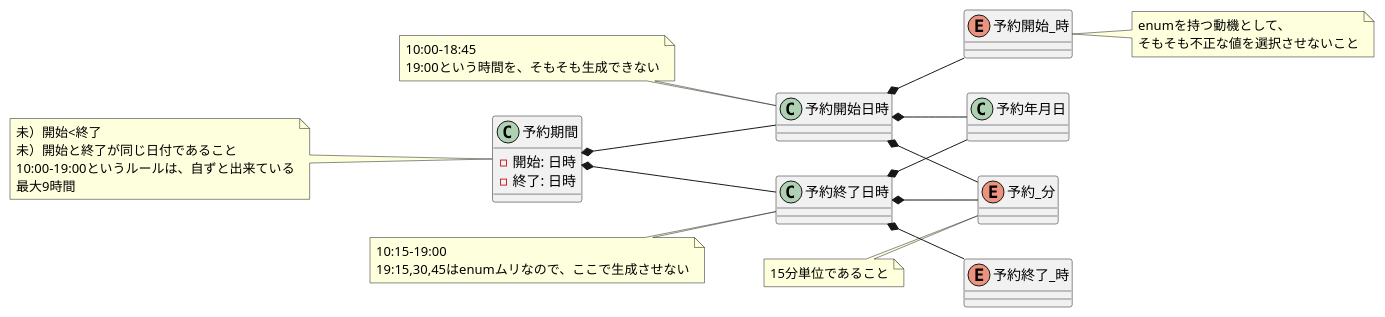
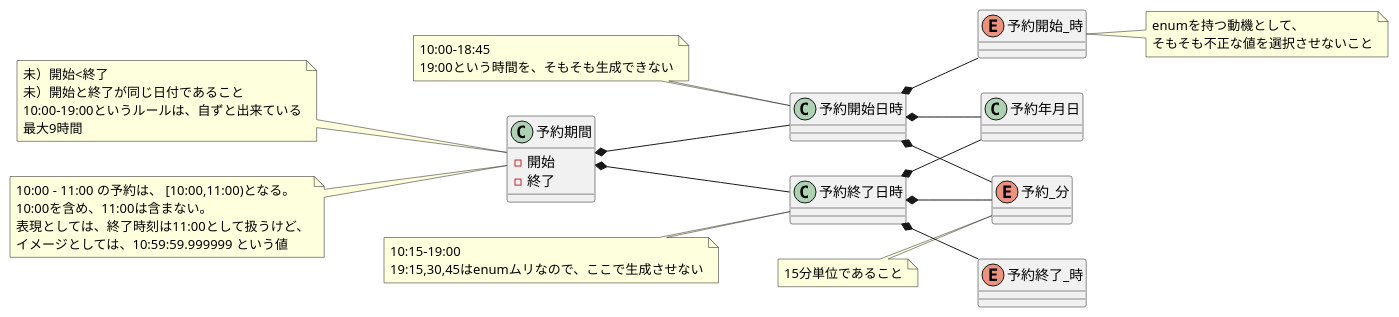
The diagram in diagram/domain_model.pu (t2-kob/ModelingKai-Reservation), drawn with PlantUML before and after one commit.

Commit message:
ドメインモデルに、[10:00, 11:00) という表現を名言化した
- 11:00は含まないという意味

```diff
--- a/diagram/domain_model.pu
+++ b/diagram/domain_model.pu
@@ -1,57 +1,64 @@
 @startuml
 
 left to right direction
 
 
 class 予約年月日
 enum 予約開始_時
 enum 予約終了_時
 enum 予約_分
 
 class 予約期間{
-    - 開始: 日時
-    - 終了: 日時
+    - 開始
+    - 終了
 }
 
 class 予約開始日時
 class 予約終了日時
 
 note left of 予約期間
 未）開始<終了
 未）開始と終了が同じ日付であること
 10:00-19:00というルールは、自ずと出来ている
 最大9時間
 end note
 
 note left of 予約_分
 15分単位であること
 end note
 
 
 予約開始日時 *-- 予約年月日
 予約開始日時 *-- 予約開始_時
 予約開始日時 *-- 予約_分
 予約終了日時 *-- 予約年月日
 予約終了日時 *-- 予約終了_時
 予約終了日時 *-- 予約_分
 
 予約期間 *-- 予約開始日時
 予約期間 *-- 予約終了日時
 
+note left of 予約期間
+10:00 - 11:00 の予約は、 [10:00,11:00)となる。
+10:00を含め、11:00は含まない。
+表現としては、終了時刻は11:00として扱うけど、
+イメージとしては、10:59:59.999999 という値
+end note
+
 note left of 予約開始日時
 10:00-18:45
 19:00という時間を、そもそも生成できない
 end note
 
 
 note left of 予約終了日時
 10:15-19:00
 19:15,30,45はenumムリなので、ここで生成させない
 end note
 
 note right of 予約開始_時
 enumを持つ動機として、
 そもそも不正な値を選択させないこと
 end note
 
 @enduml
```
